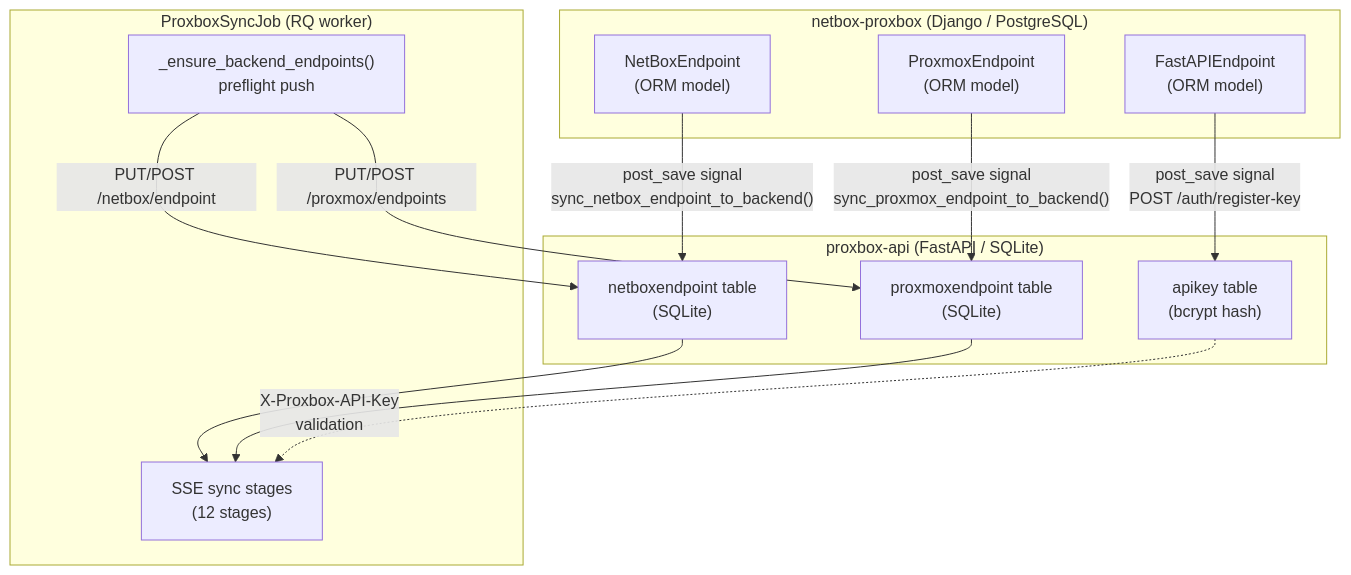
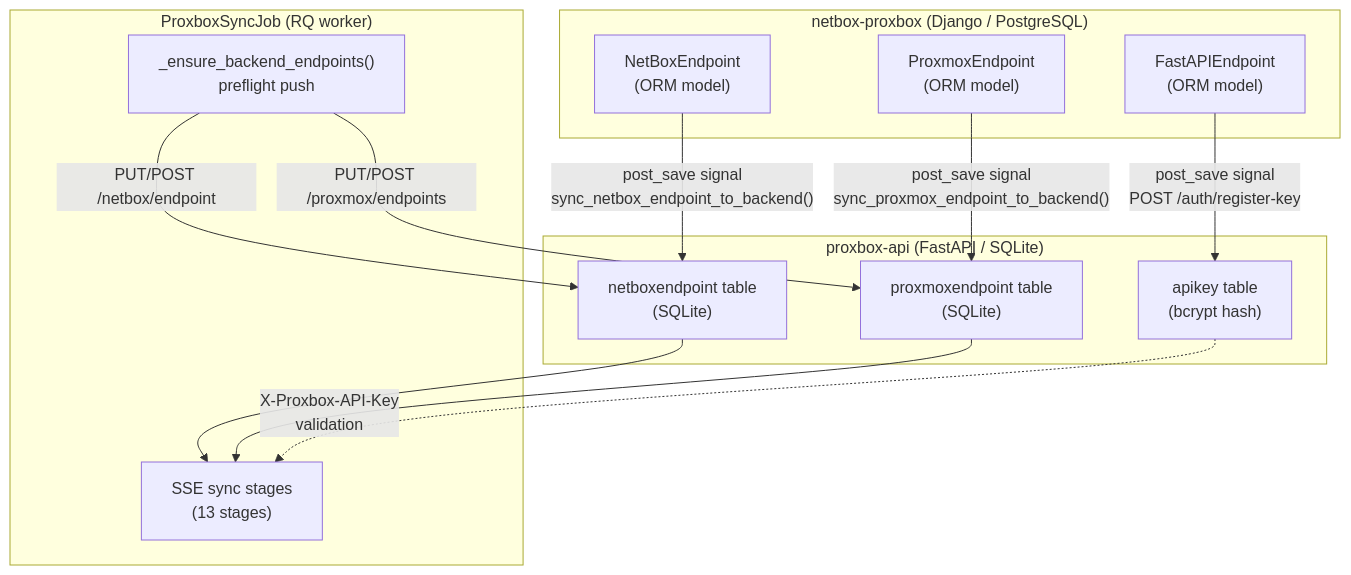
The first of 9 diagrams in docs/developer/endpoint-sync.md (emersonfelipesp/netbox-proxbox), drawn with Mermaid before and after one commit. The commit also changed 45 other files, not shown here.

````diff
--- a/docs/developer/endpoint-sync.md
+++ b/docs/developer/endpoint-sync.md
@@ -34,30 +34,30 @@
 ```mermaid
 flowchart TB
     subgraph Plugin["netbox-proxbox (Django / PostgreSQL)"]
         NB_EP["NetBoxEndpoint\n(ORM model)"]
         PX_EP["ProxmoxEndpoint\n(ORM model)"]
         FA_EP["FastAPIEndpoint\n(ORM model)"]
     end
 
     subgraph Backend["proxbox-api (FastAPI / SQLite)"]
         BE_NB["netboxendpoint table\n(SQLite)"]
         BE_PX["proxmoxendpoint table\n(SQLite)"]
         BE_KEY["apikey table\n(bcrypt hash)"]
     end
 
     subgraph SyncJob["ProxboxSyncJob (RQ worker)"]
         Preflight["_ensure_backend_endpoints()\npreflight push"]
-        Stages["SSE sync stages\n(12 stages)"]
+        Stages["SSE sync stages\n(13 stages)"]
     end
 
     NB_EP -- "post_save signal\nsync_netbox_endpoint_to_backend()" --> BE_NB
     PX_EP -- "post_save signal\nsync_proxmox_endpoint_to_backend()" --> BE_PX
     FA_EP -- "post_save signal\nPOST /auth/register-key" --> BE_KEY
 
     Preflight -- "PUT/POST /netbox/endpoint" --> BE_NB
     Preflight -- "PUT/POST /proxmox/endpoints" --> BE_PX
 
     BE_NB --> Stages
     BE_PX --> Stages
     BE_KEY -. "X-Proxbox-API-Key\nvalidation" .-> Stages
 ```
````
